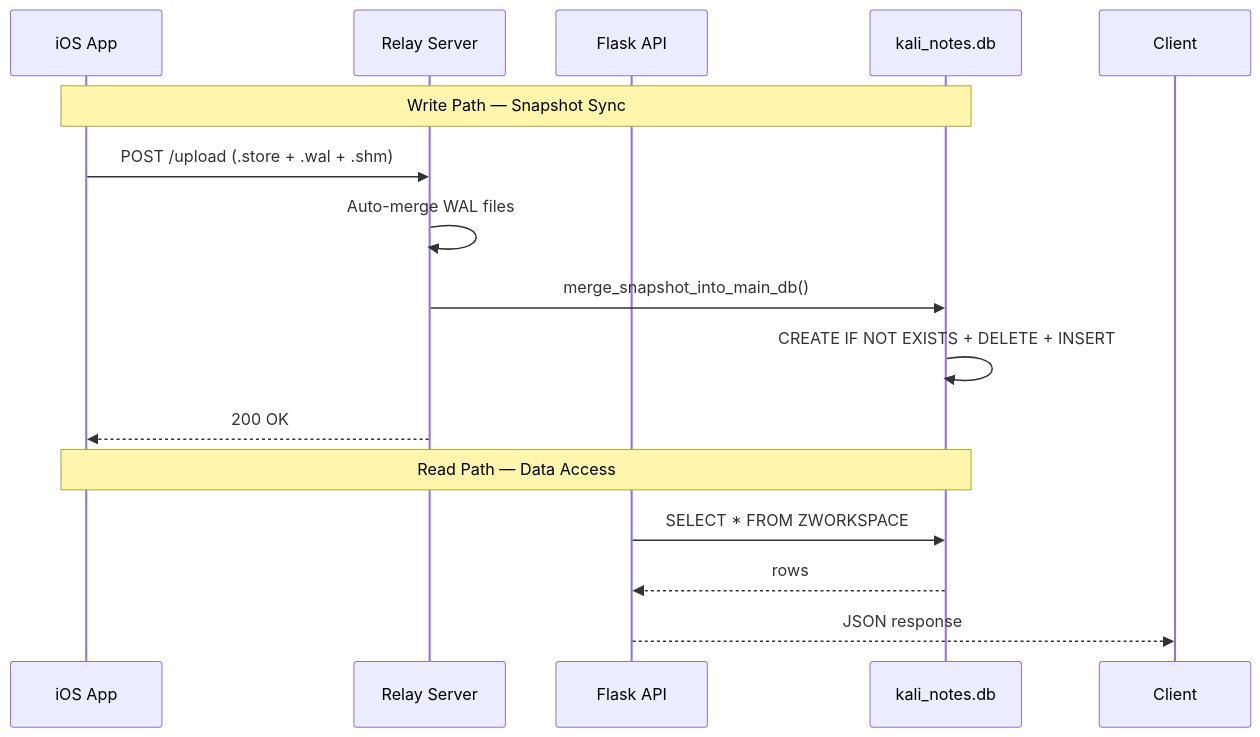
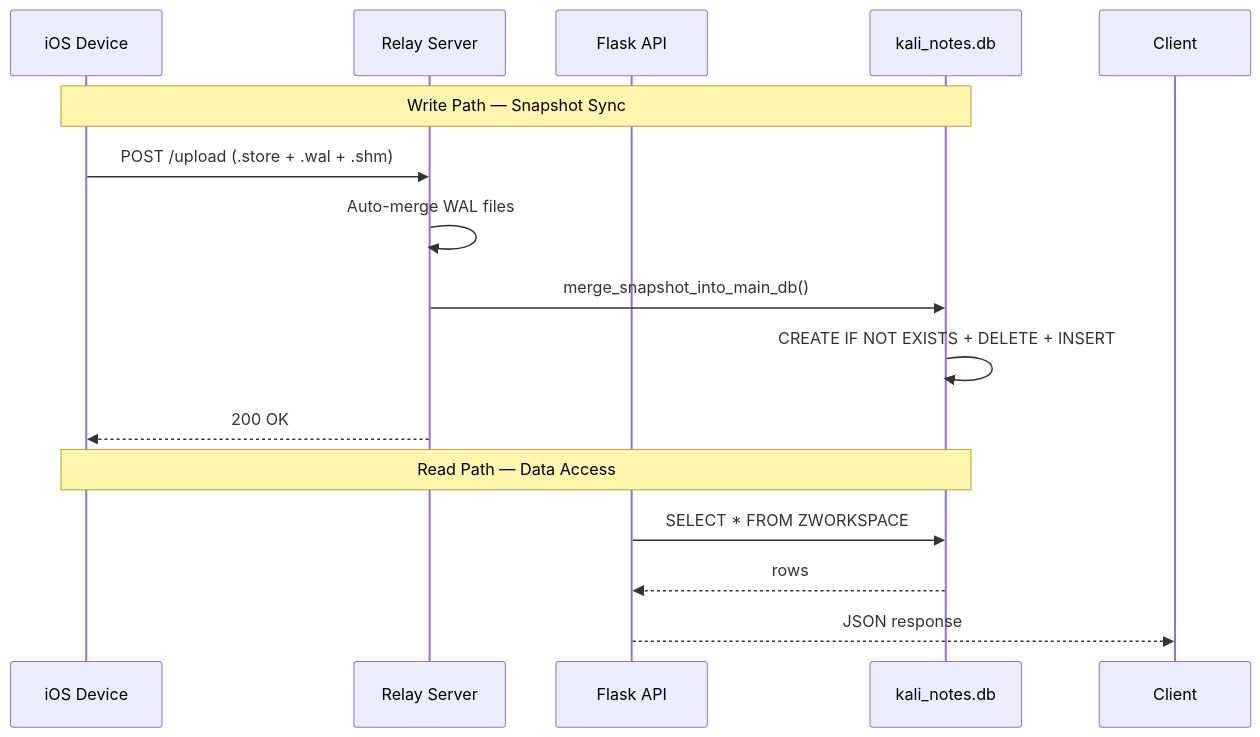
One commit to Kenan999/Notes.ai changed the second of 2 diagrams in README.md. Above: the diagram before and after it, drawn with Mermaid. The commit also changed other lines of this file, not shown here.

````diff
--- a/README.md
+++ b/README.md
@@ -140,19 +128,19 @@
 ```mermaid
 sequenceDiagram
-    participant iPad as iOS App
+    participant Device as iOS Device
     participant Relay as Relay Server
     participant Flask as Flask API
     participant DB as kali_notes.db
 
-    Note over iPad,DB: Write Path — Snapshot Sync
-    iPad->>Relay: POST /upload (.store + .wal + .shm)
+    Note over Device,DB: Write Path — Snapshot Sync
+    Device->>Relay: POST /upload (.store + .wal + .shm)
     Relay->>Relay: Auto-merge WAL files
     Relay->>DB: merge_snapshot_into_main_db()
     DB->>DB: CREATE IF NOT EXISTS + DELETE + INSERT
-    Relay-->>iPad: 200 OK
+    Relay-->>Device: 200 OK
 
-    Note over iPad,DB: Read Path — Data Access
+    Note over Device,DB: Read Path — Data Access
     Flask->>DB: SELECT * FROM ZWORKSPACE
     DB-->>Flask: rows
     Flask-->>Client: JSON response
 ```
````
